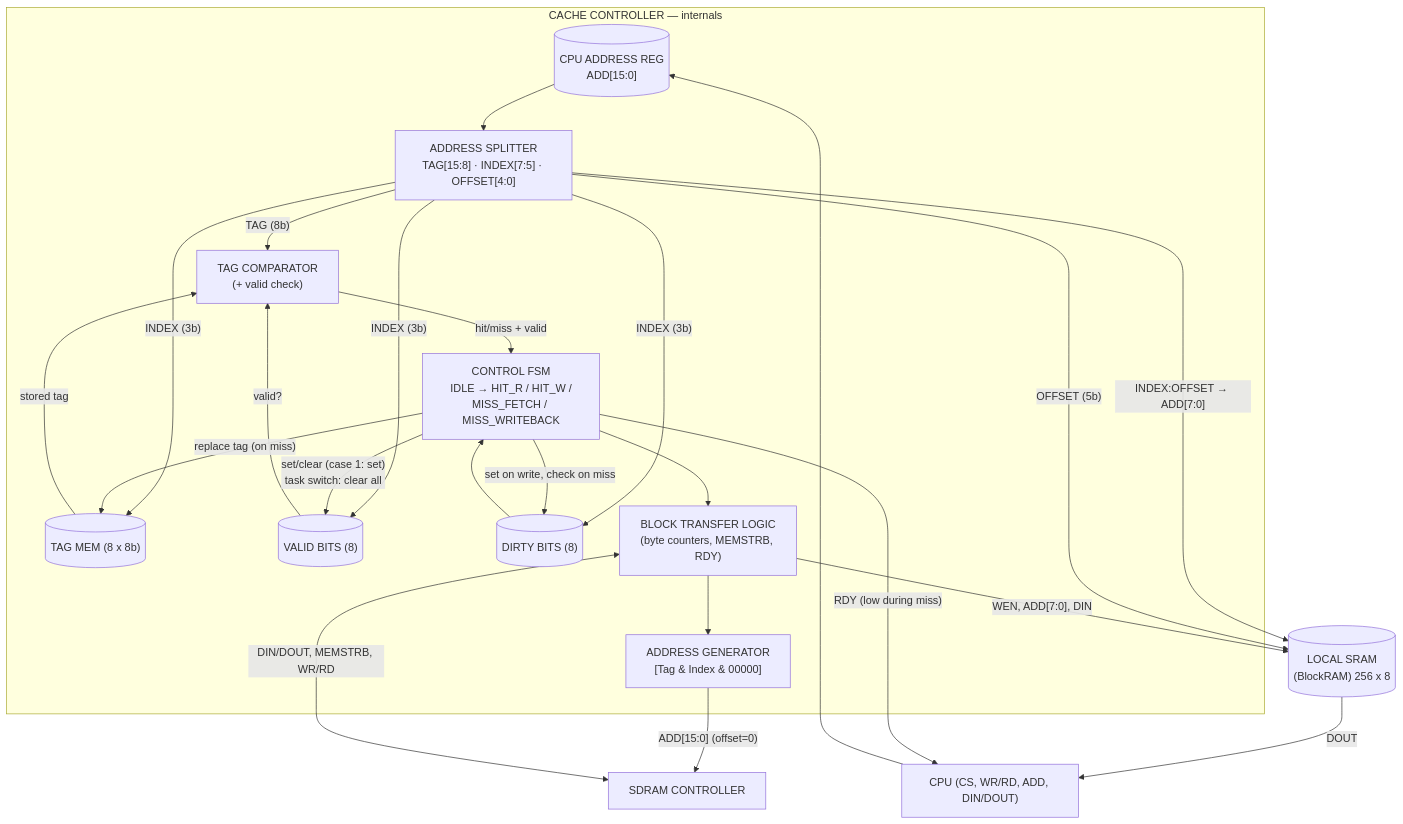
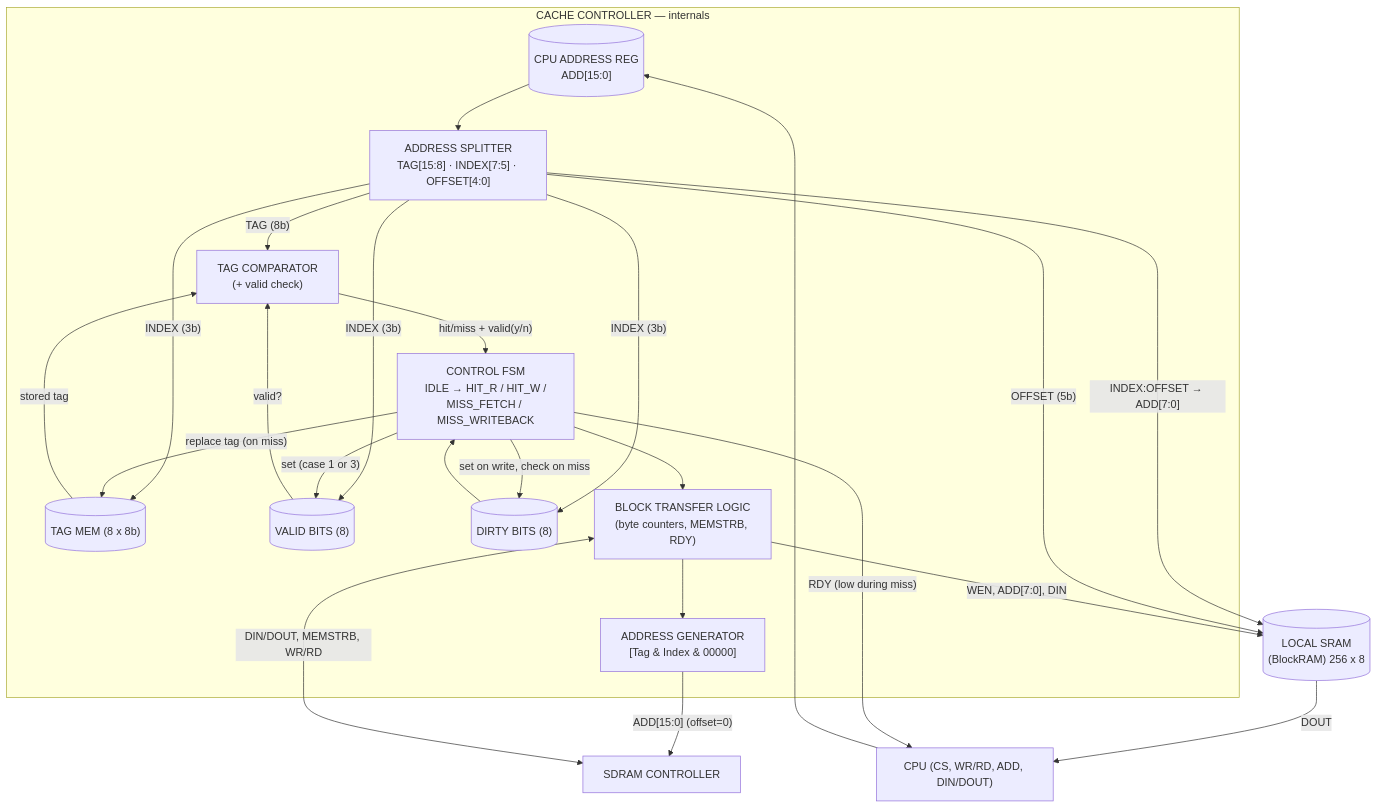
One commit to BudhvinHewage/COE-758-CACHE-CONTROLLER changed the diagram in docs/lab1-diagrams/02-internal-block-diagram.md. Above: the diagram before and after it, drawn with Mermaid. The commit also changed other lines of this file and 3 other files, not shown here.

Commit message:
revised the cache controller symbol and internal block diagram to reflect the new design. Added images for better visualization of the components and their interactions.

````diff
--- a/docs/lab1-diagrams/02-internal-block-diagram.md
+++ b/docs/lab1-diagrams/02-internal-block-diagram.md
@@ -35,37 +49,37 @@
 ```mermaid
 flowchart TB
     subgraph CC["CACHE CONTROLLER — internals"]
         AWR[("CPU ADDRESS REG<br/>ADD[15:0]")]
         SPLIT["ADDRESS SPLITTER<br/>TAG[15:8] · INDEX[7:5] · OFFSET[4:0]"]
         TAGR[("TAG MEM (8 x 8b)")]
         VR[("VALID BITS (8)")]
         DR[("DIRTY BITS (8)")]
         CMP["TAG COMPARATOR<br/>(+ valid check)"]
         FSM["CONTROL FSM<br/>IDLE → HIT_R / HIT_W /<br/>MISS_FETCH / MISS_WRITEBACK"]
         XFER["BLOCK TRANSFER LOGIC<br/>(byte counters, MEMSTRB, RDY)"]
         ADDRGEN["ADDRESS GENERATOR<br/>[Tag & Index & 00000]"]
     end
 
     CPU["CPU (CS, WR/RD, ADD, DIN/DOUT)"] --> AWR
     AWR --> SPLIT
     SPLIT -->|"TAG (8b)"| CMP
     SPLIT -->|"INDEX (3b)"| TAGR
     SPLIT -->|"INDEX (3b)"| VR
     SPLIT -->|"INDEX (3b)"| DR
     SPLIT -->|"INDEX:OFFSET → ADD[7:0]"| SRAM[("LOCAL SRAM<br/>(BlockRAM) 256 x 8")]
     SPLIT -->|"OFFSET (5b)"| SRAM
     TAGR -->|"stored tag"| CMP
     VR -->|"valid?"| CMP
-    CMP -->|"hit/miss + valid"| FSM
+    CMP -->|"hit/miss + valid(y/n)"| FSM
     FSM -->|"replace tag (on miss)"| TAGR
-    FSM -->|"set/clear (case 1: set)<br/>task switch: clear all"| VR
+    FSM -->|"set (case 1 or 3)"| VR
     FSM -->|"set on write, check on miss"| DR
     DR --> FSM
     FSM --> XFER
     XFER -->|"WEN, ADD[7:0], DIN"| SRAM
     SRAM -->|"DOUT"| CPU
     FSM -->|"RDY (low during miss)"| CPU
     XFER --> ADDRGEN
     ADDRGEN -->|"ADD[15:0] (offset=0)"| SC["SDRAM CONTROLLER"]
     XFER <-->|"DIN/DOUT, MEMSTRB, WR/RD"| SC
 ```
````
